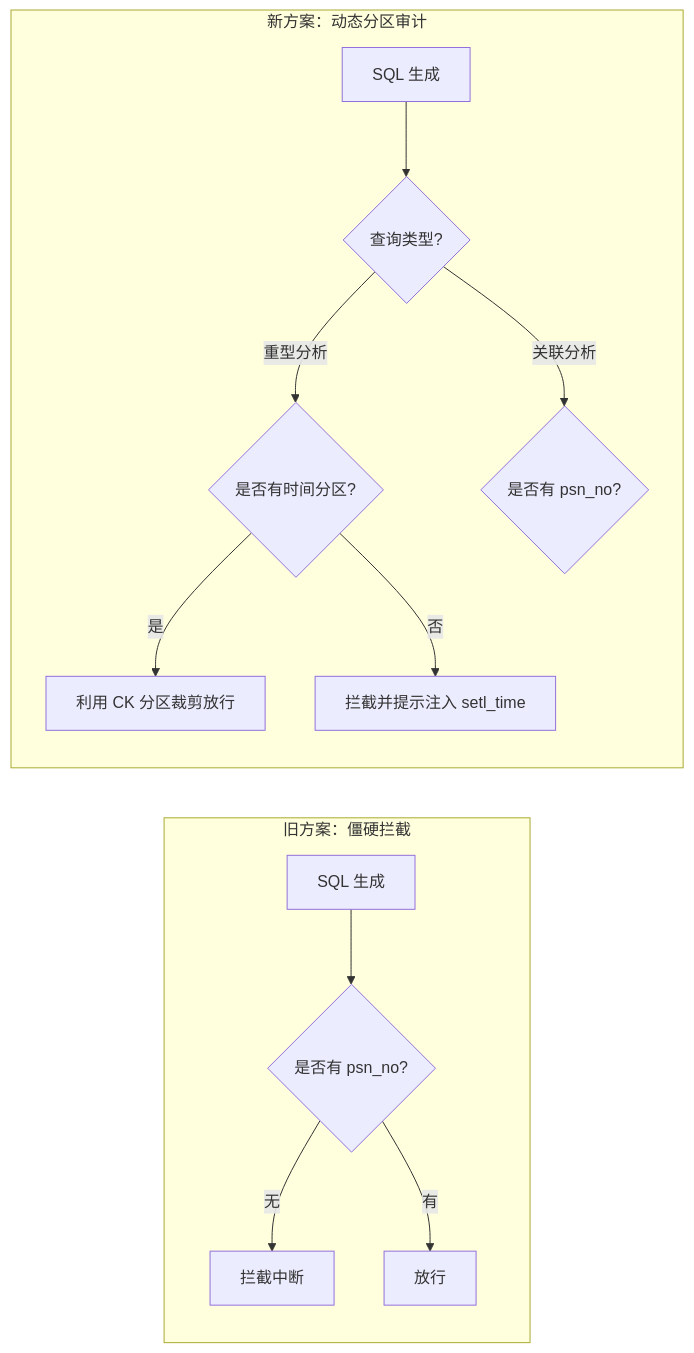
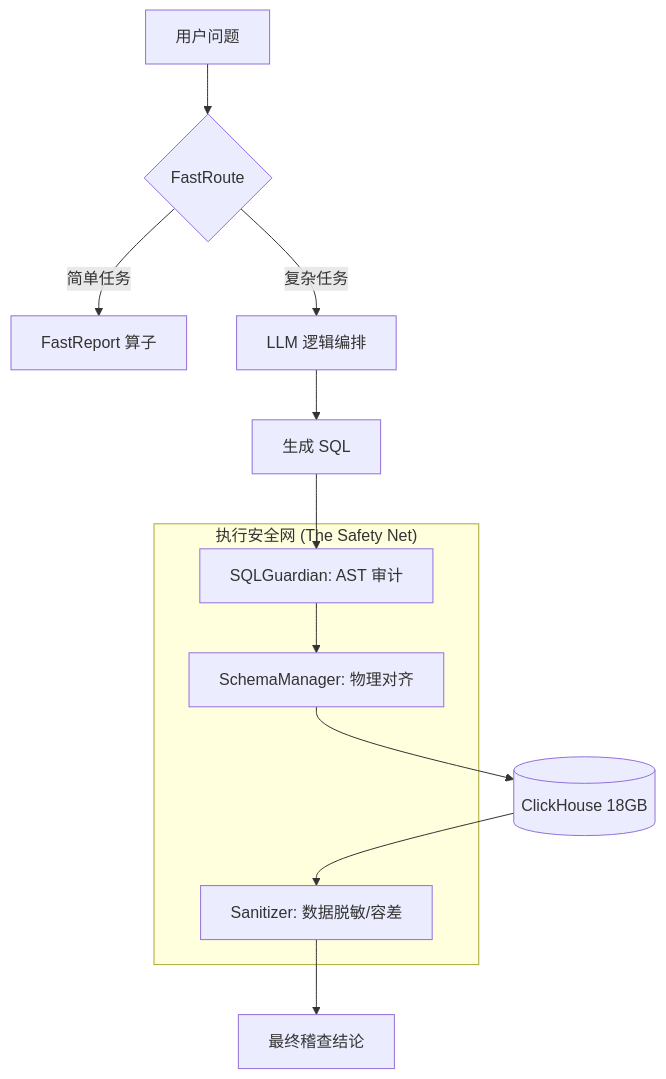
Before and after one commit to sunsumyu/hsa-agent: the second of 2 diagrams in docs-log/agent_evolution_report.md, drawn with Mermaid. The commit also changed other lines of this file and 46 other files, not shown here.

Commit message:
feat: implement agent core framework with registry systems for prompts, schemas, rules, and evaluation suites

````diff
--- a/docs-log/agent_evolution_report.md
+++ b/docs-log/agent_evolution_report.md
@@ -38,16 +36,19 @@
 ```mermaid
-graph LR
-    subgraph "旧方案：僵硬拦截"
-    O1[SQL 生成] --> O2{是否有 psn_no?}
-    O2 -- 无 --> O3[拦截中断]
-    O2 -- 有 --> O4[放行]
+graph TD
+    User[用户问题] --> Router{FastRoute}
+    Router -- 简单任务 --> FastReport[FastReport 算子]
+    Router -- 复杂任务 --> LLM_Planner[LLM 逻辑编排]
+    
+    subgraph "执行安全网 (The Safety Net)"
+    SQLGuardian[SQLGuardian: AST 审计]
+    Sanitizer[Sanitizer: 数据脱敏/容差]
+    SchemaManager[SchemaManager: 物理对齐]
     end
-
-    subgraph "新方案：动态分区审计"
-    N1[SQL 生成] --> N2{查询类型?}
-    N2 -- 重型分析 --> N3{是否有时间分区?}
-    N3 -- 是 --> N4[利用 CK 分区裁剪放行]
-    N3 -- 否 --> N5[拦截并提示注入 setl_time]
-    N2 -- 关联分析 --> N6{是否有 psn_no?}
-    end
+    
+    LLM_Planner --> SQL[生成 SQL]
+    SQL --> SQLGuardian
+    SQLGuardian --> SchemaManager
+    SchemaManager --> DB[(ClickHouse 18GB)]
+    DB --> Sanitizer
+    Sanitizer --> Report[最终稽查结论]
 ```
````
